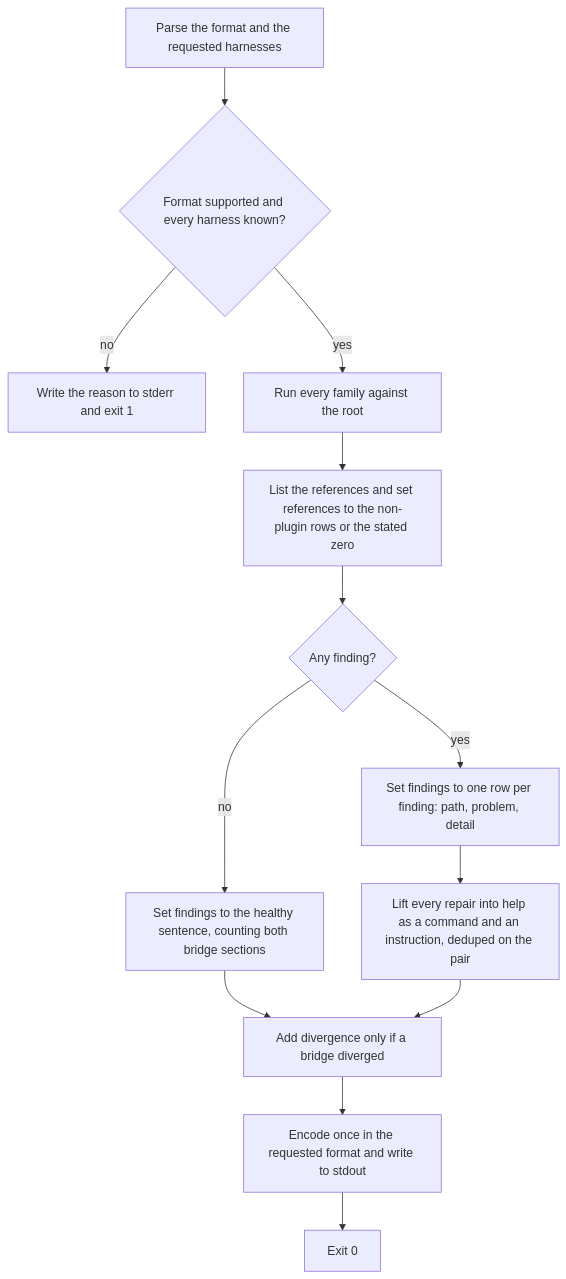
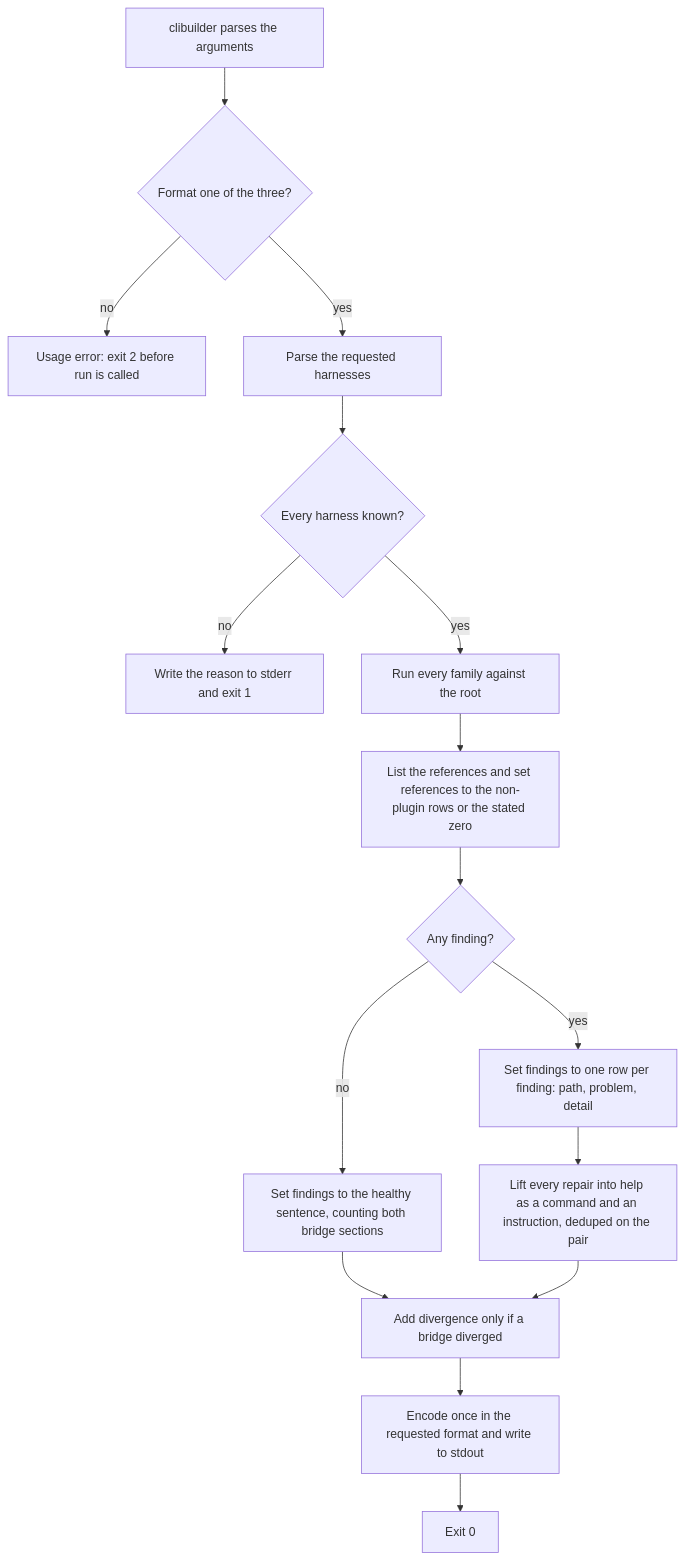
The diagram in packages/buddy-agent-harness/.agents/spec/cli/diagnosis-report/README.md (repobuddy/buddy-agent-harness), drawn with Mermaid before and after one commit. The commit also changed other lines of this file and 29 other files, not shown here.

First line of the commit message:
feat(cli): adopt @clibuilder/axi for --format output (#230)

````diff
--- a/packages/buddy-agent-harness/.agents/spec/cli/diagnosis-report/README.md
+++ b/packages/buddy-agent-harness/.agents/spec/cli/diagnosis-report/README.md
@@ -107,15 +108,18 @@
 ```mermaid
 flowchart TD
-  A[Parse the format and the requested harnesses] --> B{Format supported and every harness known?}
+  A0[clibuilder parses the arguments] --> A0a{Format one of the three?}
+  A0a -->|no| A0b[Usage error: exit 2 before run is called]
+  A0a -->|yes| A[Parse the requested harnesses]
+  A --> B{Every harness known?}
   B -->|no| C[Write the reason to stderr and exit 1]
   B -->|yes| D[Run every family against the root]
   D --> D2[List the references and set references to the non-plugin rows or the stated zero]
   D2 --> E{Any finding?}
   E -->|no| F[Set findings to the healthy sentence, counting both bridge sections]
   E -->|yes| G[Set findings to one row per finding: path, problem, detail]
   G --> H[Lift every repair into help as a command and an instruction, deduped on the pair]
   F --> I[Add divergence only if a bridge diverged]
   H --> I
   I --> J[Encode once in the requested format and write to stdout]
   J --> K[Exit 0]
 ```
````
